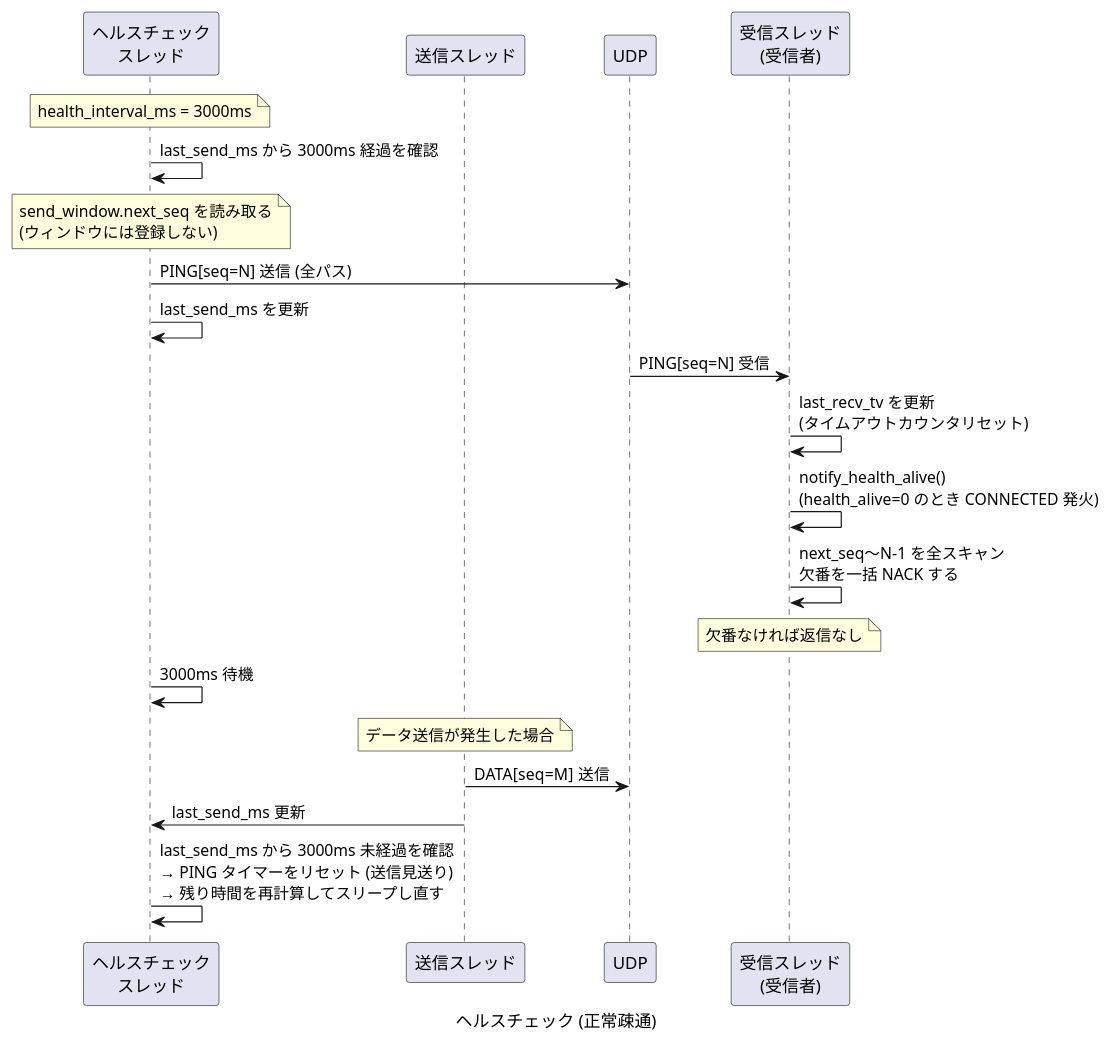
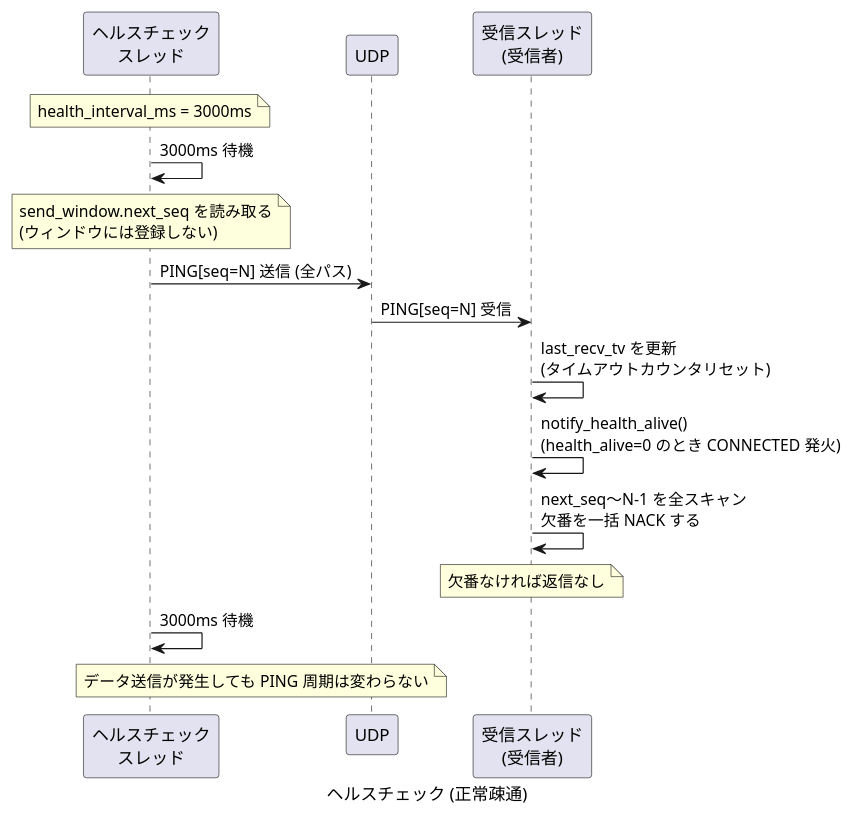
Before and after one commit to Hondarer/c-modernization-kit: the tenth of 29 diagrams in app/porter/docs/sequence.md, drawn with PlantUML. The commit also changed 7 other files, not shown here.

````diff
--- a/app/porter/docs/sequence.md
+++ b/app/porter/docs/sequence.md
@@ -362,33 +362,26 @@
 ```plantuml
 @startuml ヘルスチェック (正常疎通)
 caption ヘルスチェック (正常疎通)
 
 participant "ヘルスチェック\nスレッド" as HT
-participant "送信スレッド" as ST
 participant "UDP" as UDP
 participant "受信スレッド\n(受信者)" as RRT
 
 note over HT: health_interval_ms = 3000ms
 
-HT -> HT: last_send_ms から 3000ms 経過を確認
+HT -> HT: 3000ms 待機
 note over HT: send_window.next_seq を読み取る\n(ウィンドウには登録しない)
 HT -> UDP: PING[seq=N] 送信 (全パス)
-HT -> HT: last_send_ms を更新
 
 UDP -> RRT: PING[seq=N] 受信
 RRT -> RRT: last_recv_tv を更新\n(タイムアウトカウンタリセット)
 RRT -> RRT: notify_health_alive()\n(health_alive=0 のとき CONNECTED 発火)
 RRT -> RRT: next_seq〜N-1 を全スキャン\n欠番を一括 NACK する
 note over RRT: 欠番なければ返信なし
 
 HT -> HT: 3000ms 待機
 
-note over ST: データ送信が発生した場合
-
-ST -> UDP: DATA[seq=M] 送信
-ST -> HT: last_send_ms 更新
-
-HT -> HT: last_send_ms から 3000ms 未経過を確認\n→ PING タイマーをリセット (送信見送り) \n→ 残り時間を再計算してスリープし直す
+note over HT, UDP: データ送信が発生しても PING 周期は変わらない
 
 @enduml
 ```
````
